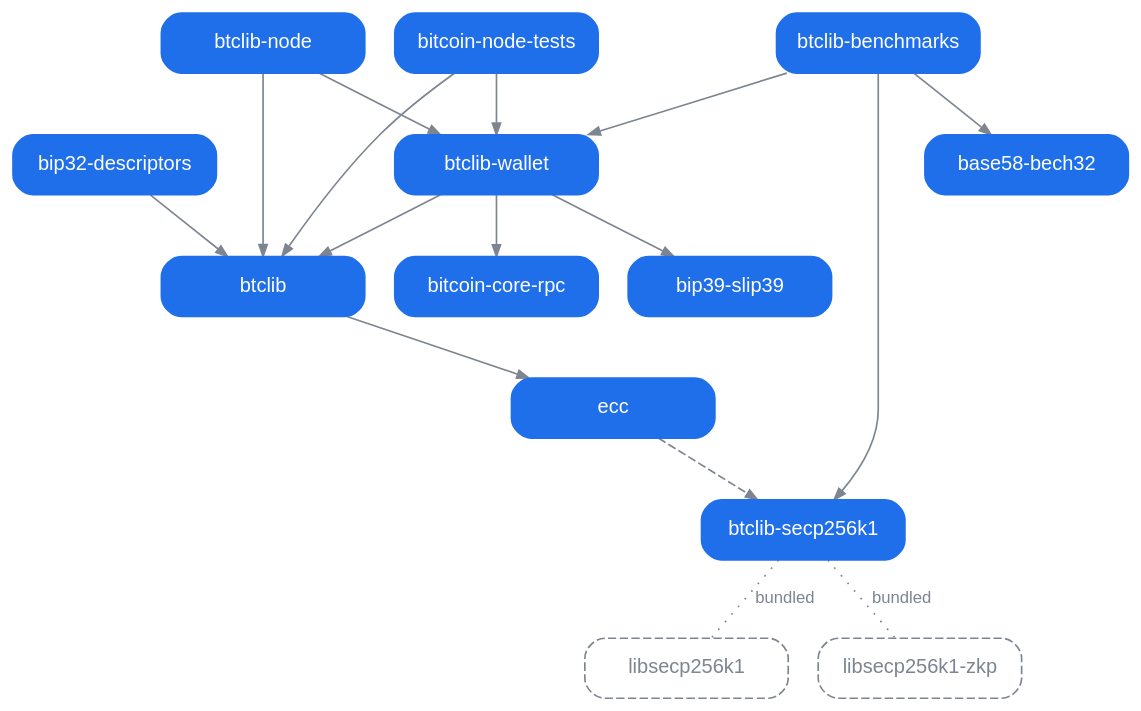
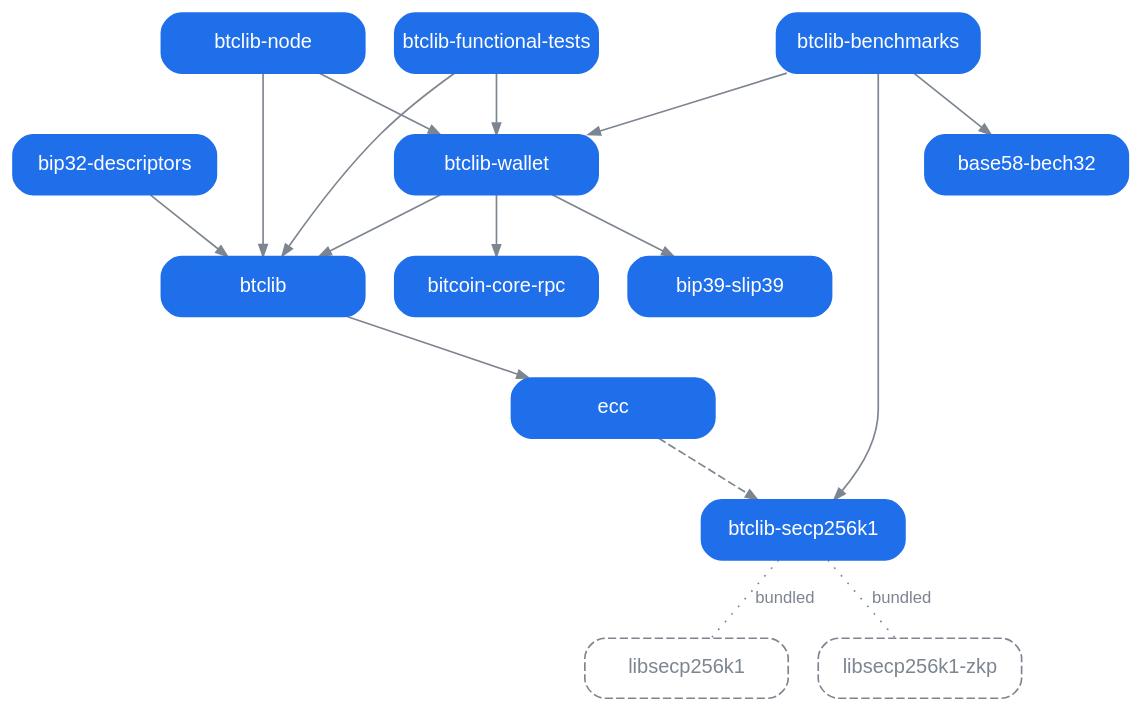
One commit to btclib-org/.github changed the diagram in profile/dependencies.dot. Above: the diagram before and after it, drawn with Graphviz. The commit also changed 8 other files, not shown here.

First line of the commit message:
Name btclib-functional-tests where the repository is meant (closes #1964) (#1965)

```diff
--- a/profile/dependencies.dot
+++ b/profile/dependencies.dot
@@ -1,95 +1,95 @@
 // How the organization's packages depend on each other: the source of
 // dependencies.svg beside it, which profile/README.md shows.
 //
 // A node is the `[project]` name of every tree of the organization that
 // builds a distribution, `[build-system]` being what says it does. A tree
 // that builds none is not drawn, and neither is an arrow into or out of
 // one. A grey dashed outline is not a package of the organization but a C
 // library one of them bundles: the submodule `X` of such a tree is the
 // node `libX`.
 //
 // An arrow points from a project up to what it depends on: solid where
 // `dependencies` in its pyproject.toml names the target, and dashed where
 // only an `optional-dependencies` extra does. An arrow is drawn only
 // where the dependent, bare or with one of its extras, does not already
 // install its target, with the extras it asks of it, through the arrows
 // that are drawn: `btclib-wallet[secp256k1]` asks `btclib[secp256k1]`,
 // which asks `ecc[secp256k1]`, so `btclib-wallet`'s own requirement of
 // `btclib-secp256k1` draws nothing, while `btclib-node` asks
 // `btclib[secp256k1]` and `btclib-wallet`'s `dependencies` ask bare
 // `btclib`, so both of `btclib-node`'s arrows are drawn. The extras are
 // written nowhere, and dependency groups are left out, being what a
 // checkout of the tree installs rather than what a user of the package
 // does. A requirement on a name no tree builds, a retired one included,
 // draws nothing. A dotted line with no arrowhead, labelled `bundled`,
 // joins a package to a C library that is a submodule of its tree, built
 // into the package rather than installed beside it.
 // tests/dependencies_test.py compares this file with every tree's
 // pyproject.toml and .gitmodules, and names every requirement on a
 // retired name.
 //
 // Every position is set by hand and rendered as it stands, by neato with
 // `nop: 2` in .github/scripts/render_dependencies.mjs, which takes the
 // nodes and the edges where they are written. A node's `pos` is its
 // centre in points, y growing upward, and a row is a level: what a
 // package depends on sits above it, in four columns 145 apart. An edge's
 // `pos` is its route as the control points of a spline whose segments
 // are straight, `e,` giving where the arrowhead's tip lands, and a
 // label's `lp` is where it is written. `btclib-wallet`'s arrow into
 // `btclib` runs along one horizontal line under it, and `btclib-node`'s,
 // from the row under that, goes straight up through that line.
 //
 // The colours are for a transparent background under both of GitHub's
 // themes: text sits on the fill of its box, and the grey of the arrows
 // and of the outlined C libraries reads on the light theme's white and
 // the dark theme's near-black.
 digraph dependencies {
     graph [bgcolor="transparent", outputorder=edgesfirst, pad=0.2];
     node [shape=box, style="rounded,filled", color="#1f6feb", fillcolor="#1f6feb",
           fontcolor="#ffffff", fontname="Helvetica", fontsize=12, width=1.7, height=0.5, fixedsize=true];
     edge [color="#7d8590", fontcolor="#7d8590", fontname="Helvetica", fontsize=10, arrowsize=0.7];
 
     "libsecp256k1"     [pos="290,560", style="rounded,dashed", color="#7d8590", fontcolor="#7d8590"];
     "libsecp256k1-zkp" [pos="435,560", style="rounded,dashed", color="#7d8590", fontcolor="#7d8590"];
     "base58-bech32"    [pos="145,560"];
     "bip39-slip39"     [pos="0,560"];
     "bitcoin-core-rpc" [pos="145,460"];
     "btclib-secp256k1" [pos="290,460"];
     "ecc"              [pos="290,360"];
     "btclib"           [pos="290,260"];
-    "btclib-wallet"      [pos="0,160"];
-    "bip32-descriptors"  [pos="145,160"];
-    "bitcoin-node-tests" [pos="145,60"];
-    "btclib-benchmarks"  [pos="435,60"];
-    "btclib-node"        [pos="290,60"];
+    "btclib-wallet"           [pos="0,160"];
+    "bip32-descriptors"       [pos="145,160"];
+    "btclib-functional-tests" [pos="145,60"];
+    "btclib-benchmarks"       [pos="435,60"];
+    "btclib-node"             [pos="290,60"];
 
     "btclib-secp256k1" -> "libsecp256k1" [style=dotted, arrowhead=none, label="bundled", lp="262,510",
         pos="290,478 290,478 290,542 290,542"];
     "btclib-secp256k1" -> "libsecp256k1-zkp" [style=dotted, arrowhead=none, label="bundled", lp="463,526",
         pos="320,478 320,478 320,510 320,510 320,510 435,510 435,510 435,510 435,542 435,542"];
     "ecc" -> "btclib-secp256k1" [style=dashed,
         pos="e,290,442 290,378 290,378 290,435 290,435"];
     "btclib" -> "ecc" [pos="e,290,342 290,278 290,278 290,335 290,335"];
     "btclib-wallet" -> "btclib"
         [pos="e,290,242 20,178 20,178 20,210 20,210 20,210 290,210 290,210 290,210 290,235 290,235"];
-    "bitcoin-node-tests" -> "btclib-wallet"
+    "btclib-functional-tests" -> "btclib-wallet"
         [pos="e,-20,142 125,78 125,78 125,92 125,92 125,92 -20,92 -20,92 -20,92 -20,135 -20,135"];
-    "bitcoin-node-tests" -> "btclib"
+    "btclib-functional-tests" -> "btclib"
         [pos="e,250,242 165,78 165,78 165,92 165,92 165,92 250,92 250,92 250,92 250,235 250,235"];
     "bip32-descriptors" -> "btclib"
         [pos="e,229,260 145,178 145,178 145,260 145,260 145,260 222,260 222,260"];
     "btclib-node" -> "btclib" [
         pos="e,290,242 290,78 290,78 290,235 290,235"];
     "btclib-node" -> "btclib-wallet"
         [pos="e,0,142 270,78 270,78 270,108 270,108 270,108 0,108 0,108 0,108 0,135 0,135"];
     "btclib-benchmarks" -> "btclib-wallet"
         [pos="e,20,142 415,78 415,78 415,125 415,125 415,125 20,125 20,125 20,125 20,135 20,135"];
     "btclib-benchmarks" -> "btclib-secp256k1"
         [pos="e,351,460 455,78 455,78 455,460 455,460 455,460 358,460 358,460"];
     "btclib-benchmarks" -> "base58-bech32"
         [pos="e,145,578 475,78 475,78 475,92 475,92 475,92 515,92 515,92 515,92 515,600 515,600 515,600 145,600 145,600 145,600 145,585 145,585"];
     "btclib-wallet" -> "bitcoin-core-rpc"
         [pos="e,84,460 -20,178 -20,178 -20,460 -20,460 -20,460 77,460 77,460"];
     "btclib-wallet" -> "bip39-slip39"
         [pos="e,-40,542 -40,178 -40,178 -40,535 -40,535"];
 }
```
